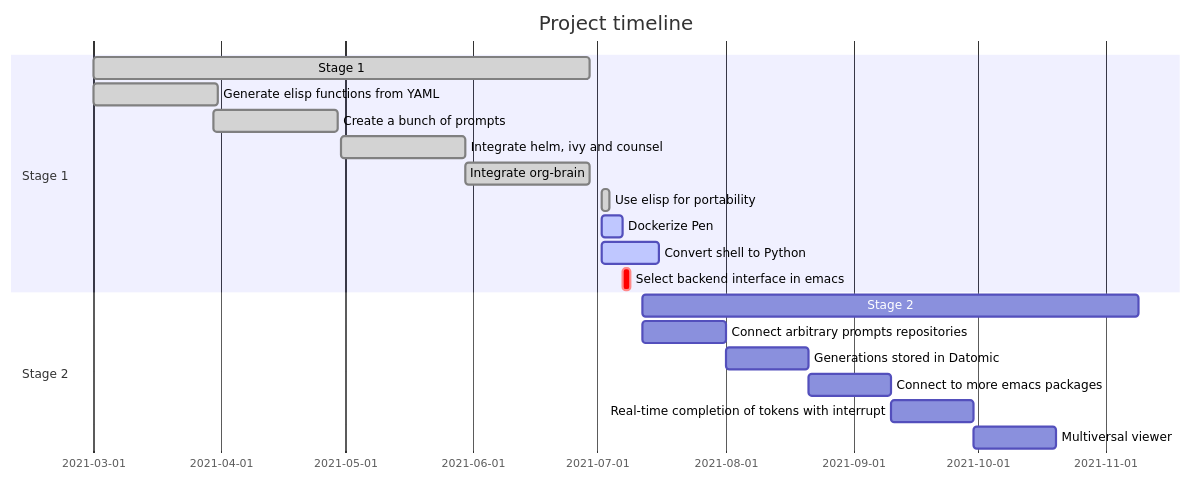
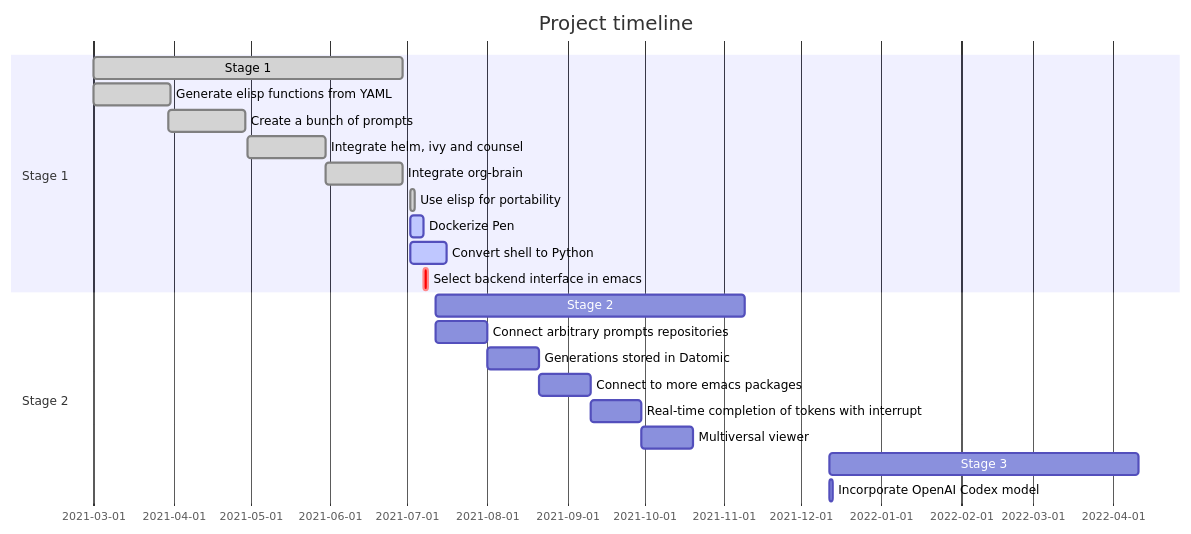
The diagram in docs/README.org (semiosis/pen.el), drawn with Mermaid before and after one commit.

Commit message:
Fri 02 Jul 2021 17:10:36

```diff
--- a/docs/README.org
+++ b/docs/README.org
@@ -20,22 +20,24 @@
 #+BEGIN_SRC mermaid :results raw :file project-timeline.png
   gantt
           title Project timeline
           dateFormat  YYYY-MM-DD
           section Stage 1
           Stage 1  :done, :s1, 2021-03-01, 120d
           Generate elisp functions from YAML  :done,  :a1, 2021-03-01, 30d
           Create a bunch of prompts  :done,   :a3, 2021-03-30, 30d
           Integrate helm, ivy and counsel  :done,   :a4, 2021-04-30, 30d
           Integrate org-brain  :done,   :a5, 2021-05-30, 30d
           Use elisp for portability :done,  :b2, 2021-07-02, 2d
           Dockerize Pen : active, b3, after b2 , 5d
           Convert shell to Python : active, b4, after b2 , 14d
           Select backend interface in emacs :crit, after b3, 2d
           section Stage 2
           Stage 2  :s2, 2021-07-12, 120d
           Connect arbitrary prompts repositories : b6, 2021-07-12, 20d
           Generations stored in Datomic : b7, after b6, 20d
           Connect to more emacs packages : b8, after b7 , 20d
           Real-time completion of tokens with interrupt : b9, after b8, 20d
           Multiversal viewer : b10, after b9, 20d
+          Stage 3  :s2, 2021-12-12, 120d
+          Incorporate OpenAI Codex model : c1, 2021-12-12, 1d
 #+END_SRC
```
